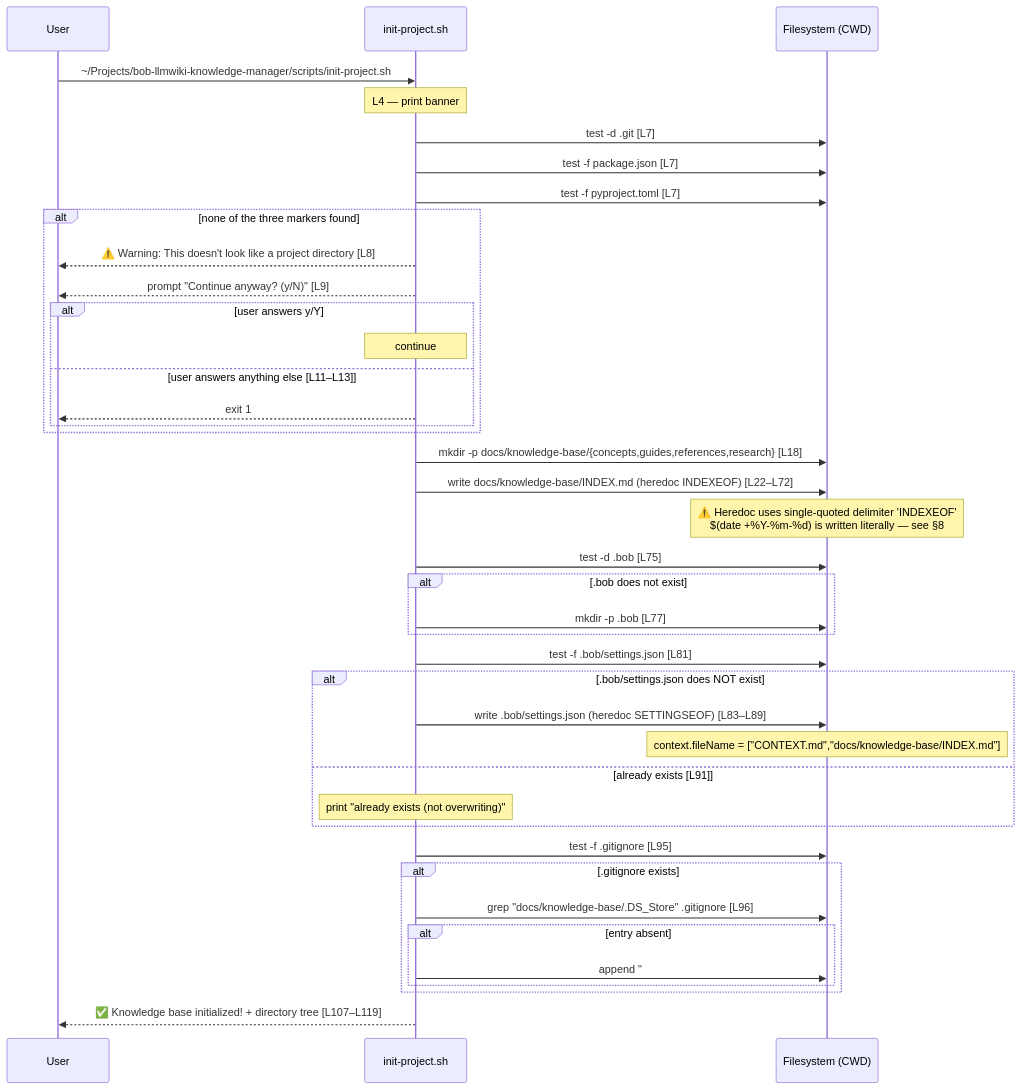
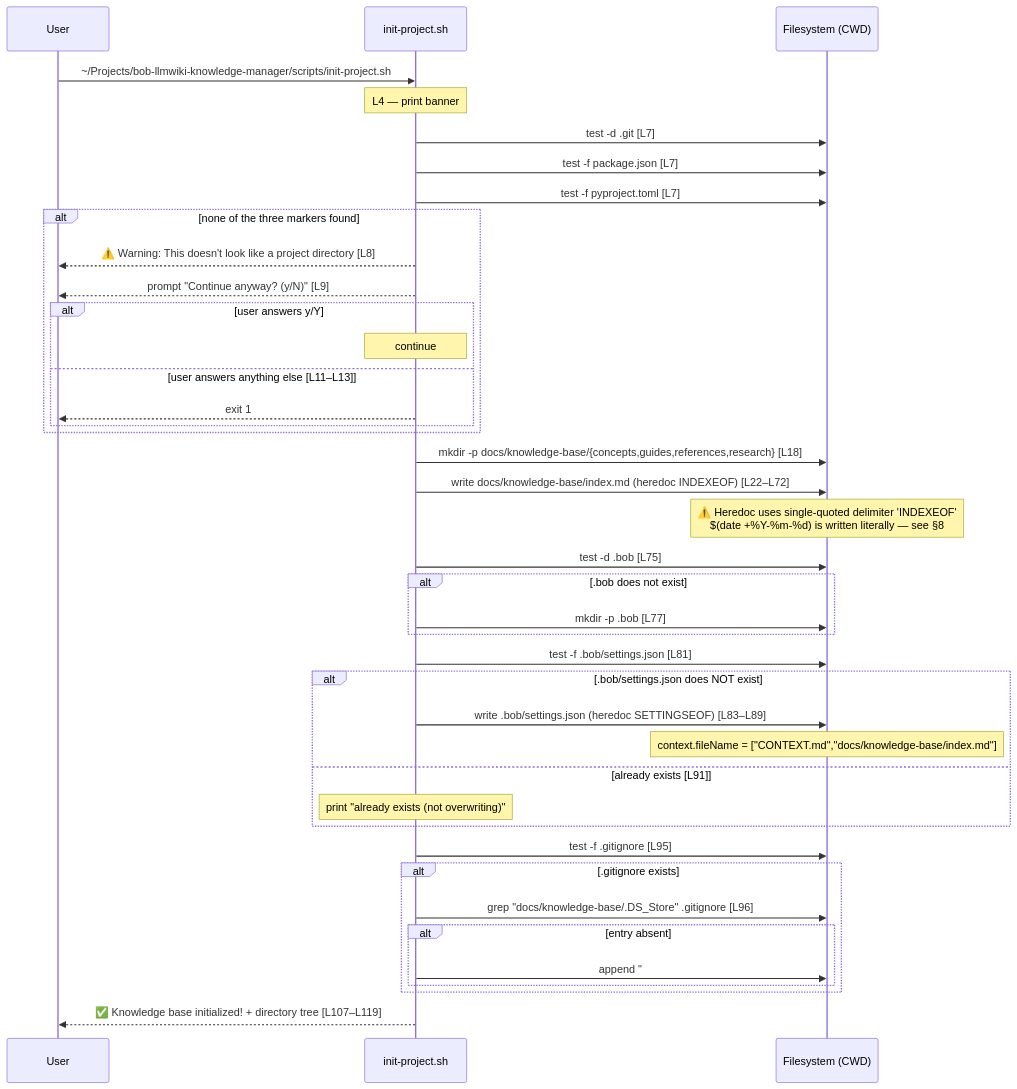
Before and after one commit to davidleconte/bob-llmwiki-knowledge-manager: the third of 3 diagrams in docs/INSTALLATION.md, drawn with Mermaid. The commit also changed other lines of this file and 93 other files, not shown here.

````diff
--- a/docs/INSTALLATION.md
+++ b/docs/INSTALLATION.md
@@ -177,52 +177,52 @@
 ```mermaid
 sequenceDiagram
     participant User
     participant init.sh as init-project.sh
     participant FS as Filesystem (CWD)
 
     User->>init.sh: ~/Projects/bob-llmwiki-knowledge-manager/scripts/init-project.sh
 
     Note over init.sh: L4 — print banner
 
     init.sh->>FS: test -d .git  [L7]
     init.sh->>FS: test -f package.json  [L7]
     init.sh->>FS: test -f pyproject.toml  [L7]
 
     alt none of the three markers found
         init.sh-->>User: ⚠️  Warning: This doesn't look like a project directory  [L8]
         init.sh-->>User: prompt "Continue anyway? (y/N)"  [L9]
         alt user answers y/Y
             Note over init.sh: continue
         else user answers anything else  [L11–L13]
             init.sh-->>User: exit 1
         end
     end
 
     init.sh->>FS: mkdir -p docs/knowledge-base/{concepts,guides,references,research}  [L18]
 
-    init.sh->>FS: write docs/knowledge-base/INDEX.md (heredoc INDEXEOF)  [L22–L72]
+    init.sh->>FS: write docs/knowledge-base/index.md (heredoc INDEXEOF)  [L22–L72]
     Note over FS: ⚠️ Heredoc uses single-quoted delimiter 'INDEXEOF'<br/>$(date +%Y-%m-%d) is written literally — see §8
 
     init.sh->>FS: test -d .bob  [L75]
     alt .bob does not exist
         init.sh->>FS: mkdir -p .bob  [L77]
     end
 
     init.sh->>FS: test -f .bob/settings.json  [L81]
     alt .bob/settings.json does NOT exist
         init.sh->>FS: write .bob/settings.json (heredoc SETTINGSEOF)  [L83–L89]
-        Note over FS: context.fileName = ["CONTEXT.md","docs/knowledge-base/INDEX.md"]
+        Note over FS: context.fileName = ["CONTEXT.md","docs/knowledge-base/index.md"]
     else already exists  [L91]
         Note over init.sh: print "already exists (not overwriting)"
     end
 
     init.sh->>FS: test -f .gitignore  [L95]
     alt .gitignore exists
         init.sh->>FS: grep "docs/knowledge-base/.DS_Store" .gitignore  [L96]
         alt entry absent
             init.sh->>FS: append "# Knowledge Base / docs/knowledge-base/.DS_Store" to .gitignore  [L98–L103]
         end
     end
 
     init.sh-->>User: ✅ Knowledge base initialized! + directory tree  [L107–L119]
 ```
````
